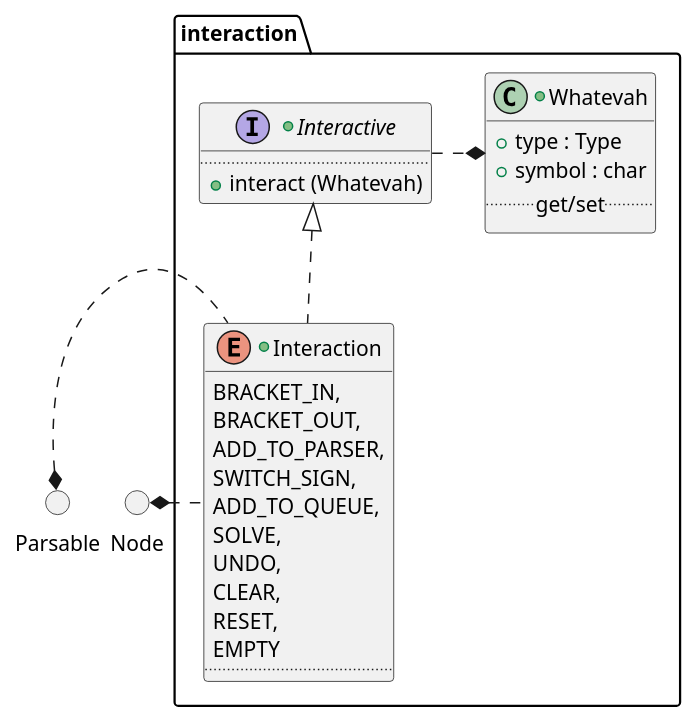
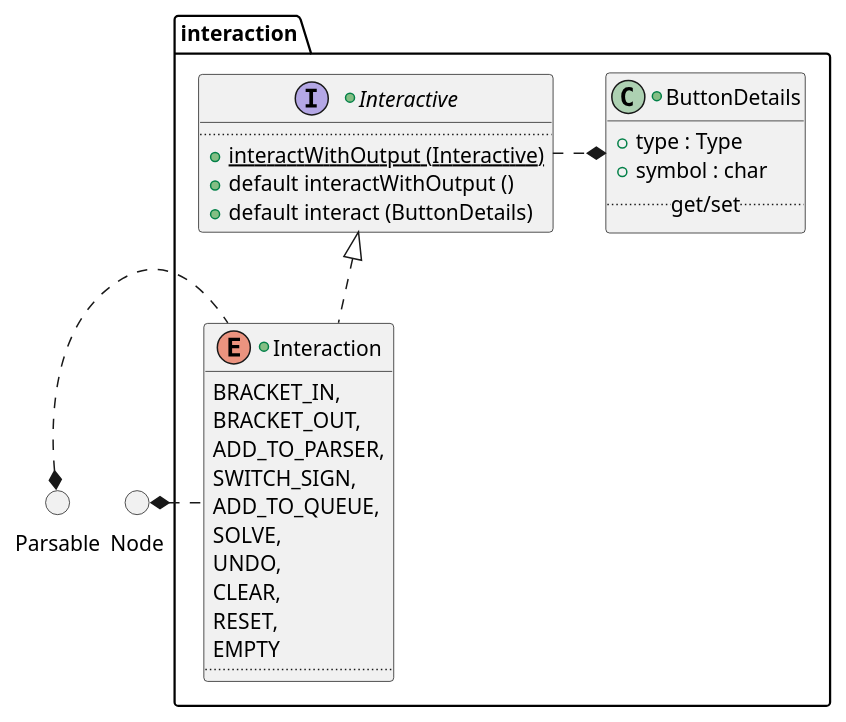
The diagram in src/docs/UML/interaction/interaction.puml (vitalispopoff/calculator), drawn with PlantUML before and after one commit. The commit also changed 15 other files, not shown here.

```diff
--- a/src/docs/UML/interaction/interaction.puml
+++ b/src/docs/UML/interaction/interaction.puml
@@ -1,41 +1,43 @@
 @startuml
 
 package interaction {
 
     +interface Interactive{
         ..
-            + {method} interact (Whatevah)
+            + {method} {static} interactWithOutput (Interactive)
+            + {method} default interactWithOutput ()
+            + {method} default interact (ButtonDetails)
     }
 
-    +class Whatevah {
+    +class ButtonDetails {
             + {field} type : Type
             + {field} symbol : char
         ..get/set..
     }
 
     +enum Interaction implements Interactive{
             BRACKET_IN,
             BRACKET_OUT,
             ADD_TO_PARSER,
             SWITCH_SIGN,
             ADD_TO_QUEUE,
             SOLVE,
             UNDO,
             CLEAR,
             RESET,
             EMPTY
         ..
     }
 
-Interactive ..right..* Whatevah
+Interactive ..right..* ButtonDetails
 
 }
 
 () Parsable
 () Node
 
 
 Interaction ..left* Node
 Interaction ..left* Parsable
 
 @enduml
```
